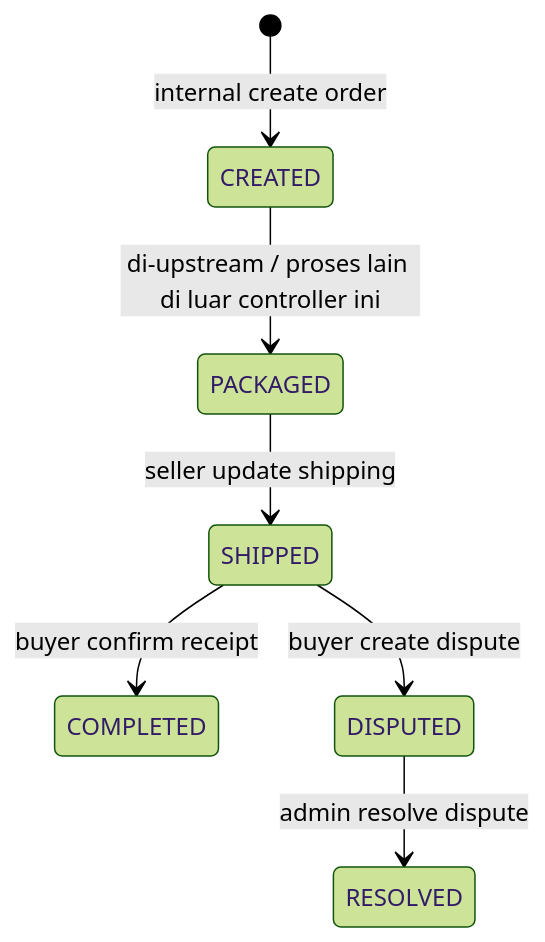
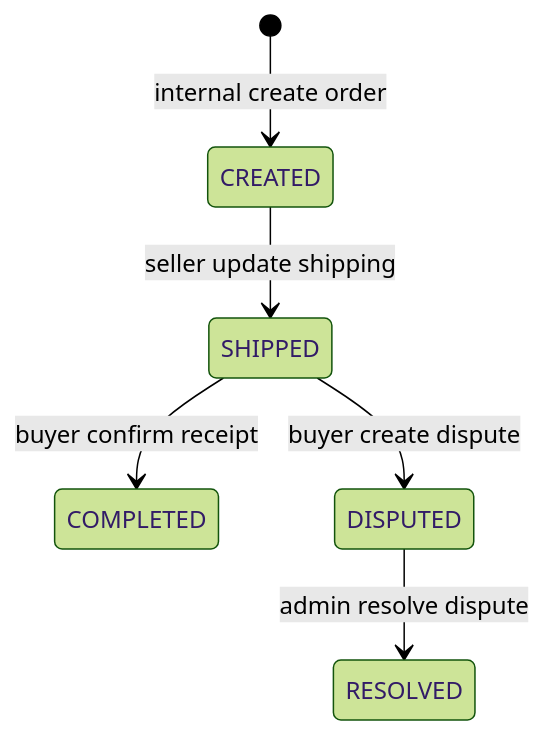
Before and after one commit to advprog-2026-B02-project/bidmart-order-service: the diagram in docs/api-contract-order-service.md, drawn with Mermaid (forest theme). The commit also changed other lines of this file and 2 other files, not shown here.

````diff
--- a/docs/api-contract-order-service.md
+++ b/docs/api-contract-order-service.md
@@ -40,9 +39,8 @@
 ```mermaid
 stateDiagram-v2
     [*] --> CREATED: internal create order
-    CREATED --> PACKAGED: di-upstream / proses lain di luar controller ini
-    PACKAGED --> SHIPPED: seller update shipping
+  CREATED --> SHIPPED: seller update shipping
     SHIPPED --> COMPLETED: buyer confirm receipt
     SHIPPED --> DISPUTED: buyer create dispute
     DISPUTED --> RESOLVED: admin resolve dispute
 ```
````
